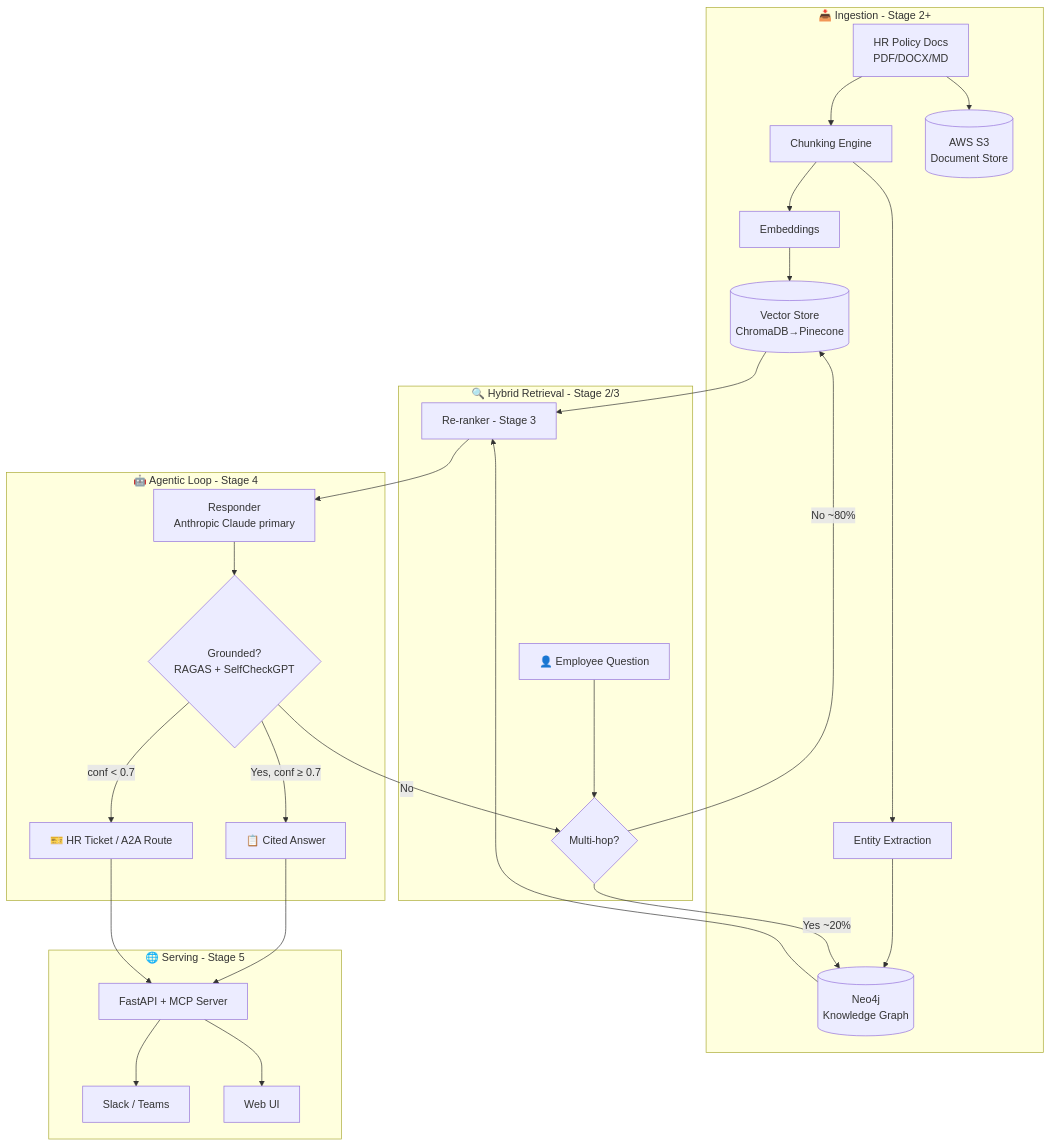
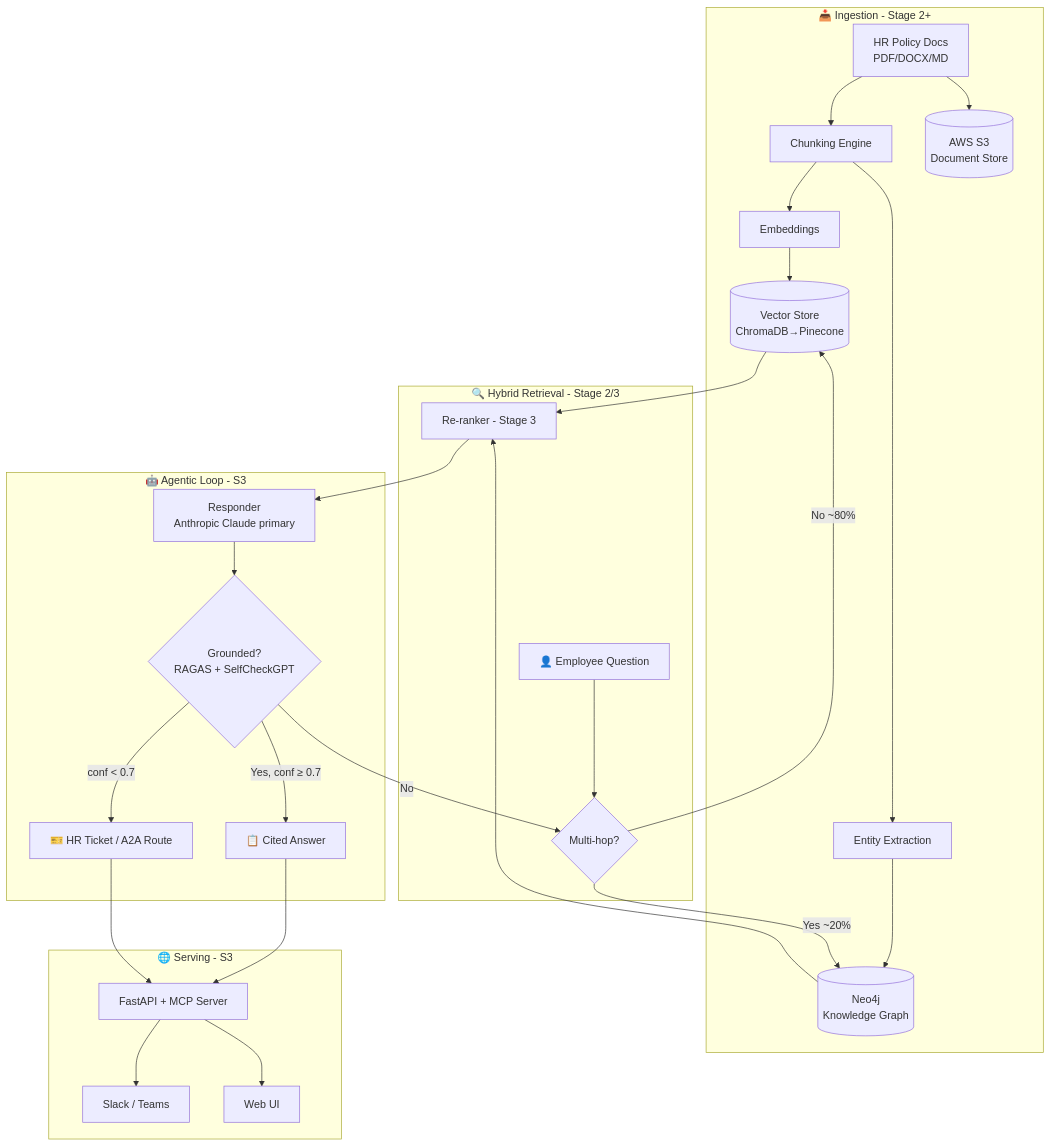
Before and after one commit to manuel-reyes-ml/data-portfolio: the diagram in project_scopes/POLICYPULSE_HR_RAG_SCOPE_v1_6_FULL_PRODUCTION.md, drawn with Mermaid. The commit also changed other lines of this file, not shown here.

Commit message:
docs(scope): rewrite PolicyPulse full-prod body to 3-stage + per-stage courses/certs [v2.0]

````diff
--- a/project_scopes/POLICYPULSE_HR_RAG_SCOPE_v1_6_FULL_PRODUCTION.md
+++ b/project_scopes/POLICYPULSE_HR_RAG_SCOPE_v1_6_FULL_PRODUCTION.md
@@ -99,34 +125,34 @@
 ```mermaid
 flowchart TB
     subgraph Ingest[📥 Ingestion - Stage 2+]
         A[HR Policy Docs<br/>PDF/DOCX/MD] --> B[Chunking Engine]
         B --> C[Embeddings]
         B --> E[Entity Extraction]
         C --> D[(Vector Store<br/>ChromaDB→Pinecone)]
         E --> G[(Neo4j<br/>Knowledge Graph)]
         A --> S3[(AWS S3<br/>Document Store)]
     end
 
     subgraph Retrieve[🔍 Hybrid Retrieval - Stage 2/3]
         Q[👤 Employee Question] --> ROUTER{Multi-hop?}
         ROUTER -->|No ~80%| D
         ROUTER -->|Yes ~20%| G
         D --> RERANK[Re-ranker - Stage 3]
         G --> RERANK
     end
 
-    subgraph Reason[🤖 Agentic Loop - Stage 4]
+    subgraph Reason[🤖 Agentic Loop - S3]
         RERANK --> RESP[Responder<br/>Anthropic Claude primary]
         RESP --> VERIFY{Grounded?<br/>RAGAS + SelfCheckGPT}
         VERIFY -->|No| ROUTER
         VERIFY -->|Yes, conf ≥ 0.7| ANS[📋 Cited Answer]
         VERIFY -->|conf < 0.7| TICKET[🎫 HR Ticket / A2A Route]
     end
 
-    subgraph Serve[🌐 Serving - Stage 5]
+    subgraph Serve[🌐 Serving - S3]
         ANS --> API[FastAPI + MCP Server]
         TICKET --> API
         API --> SLACK[Slack / Teams]
         API --> WEB[Web UI]
     end
 ```
````
